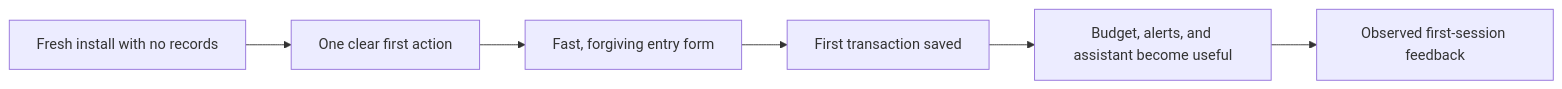
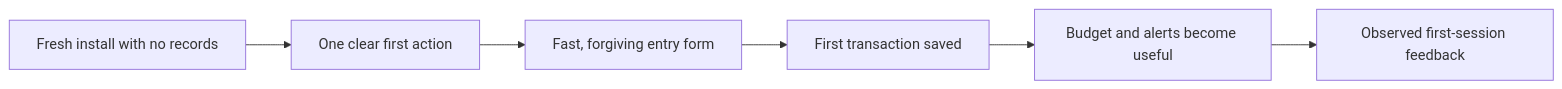
Before and after one commit to alexmiguel011014-stack/WalletManeger: the fifth of 6 diagrams in GOALS.md, drawn with Mermaid. The commit also changed other lines of this file and 46 other files, not shown here.

Commit message:
feat(wallet): simplify MVP flows and remove assistant

````diff
--- a/GOALS.md
+++ b/GOALS.md
@@ -109,8 +109,8 @@
 ```mermaid
 flowchart LR
   A[Fresh install with no records] --> B[One clear first action]
   B --> C[Fast, forgiving entry form]
   C --> D[First transaction saved]
-  D --> E[Budget, alerts, and assistant become useful]
+  D --> E[Budget and alerts become useful]
   E --> F[Observed first-session feedback]
 ```
````
